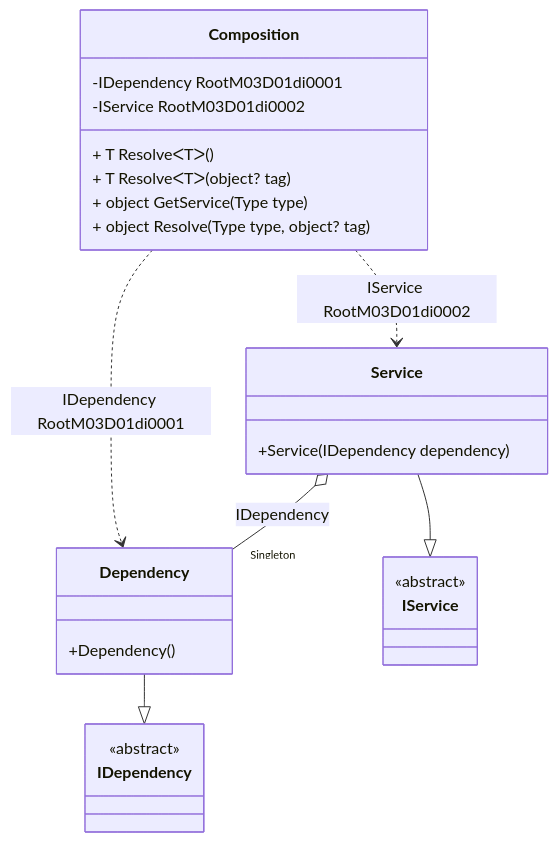
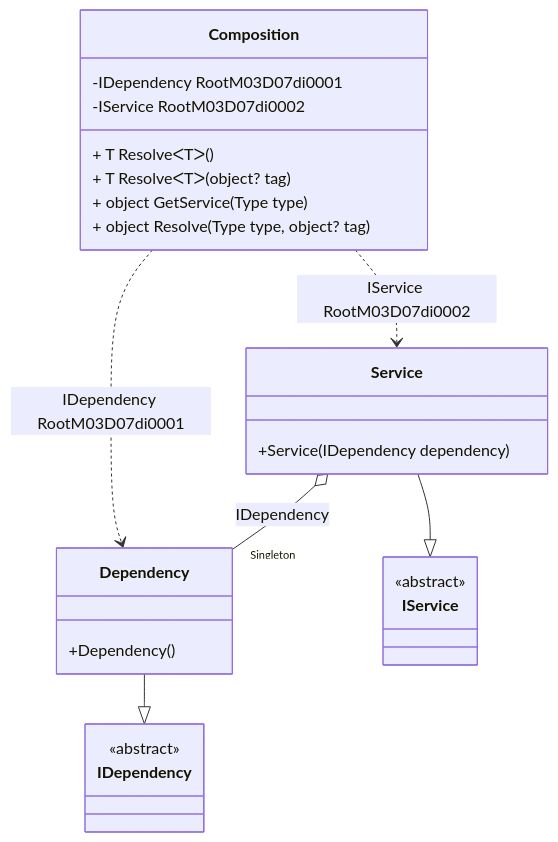
The diagram in readme/service-provider.md (DevTeam/Pure.DI), drawn with Mermaid before and after one commit. The commit also changed other lines of this file and 83 other files, not shown here.

````diff
--- a/readme/service-provider.md
+++ b/readme/service-provider.md
@@ -45,28 +45,28 @@
 ```mermaid
 classDiagram
   class Composition {
-    -IDependency RootM03D01di0001
-    -IService RootM03D01di0002
+    -IDependency RootM03D07di0001
+    -IService RootM03D07di0002
     + T ResolveᐸTᐳ()
     + T ResolveᐸTᐳ(object? tag)
     + object GetService(Type type)
     + object Resolve(Type type, object? tag)
   }
   Dependency --|> IDependency : 
   class Dependency {
     +Dependency()
   }
   Service --|> IService : 
   class Service {
     +Service(IDependency dependency)
   }
   class IDependency {
     <<abstract>>
   }
   class IService {
     <<abstract>>
   }
   Service o--  "Singleton" Dependency : IDependency
-  Composition ..> Dependency : IDependency RootM03D01di0001
-  Composition ..> Service : IService RootM03D01di0002
+  Composition ..> Dependency : IDependency RootM03D07di0001
+  Composition ..> Service : IService RootM03D07di0002
 ```
````
